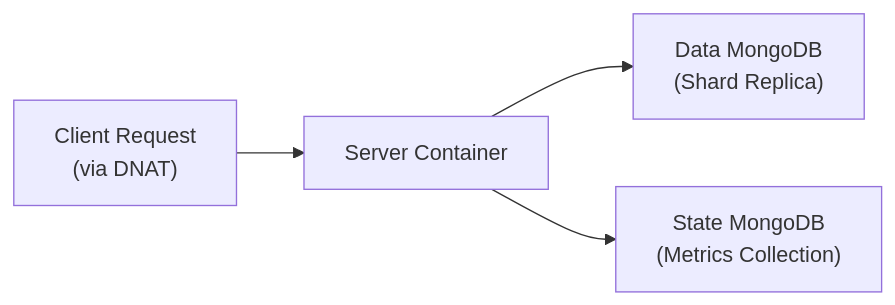
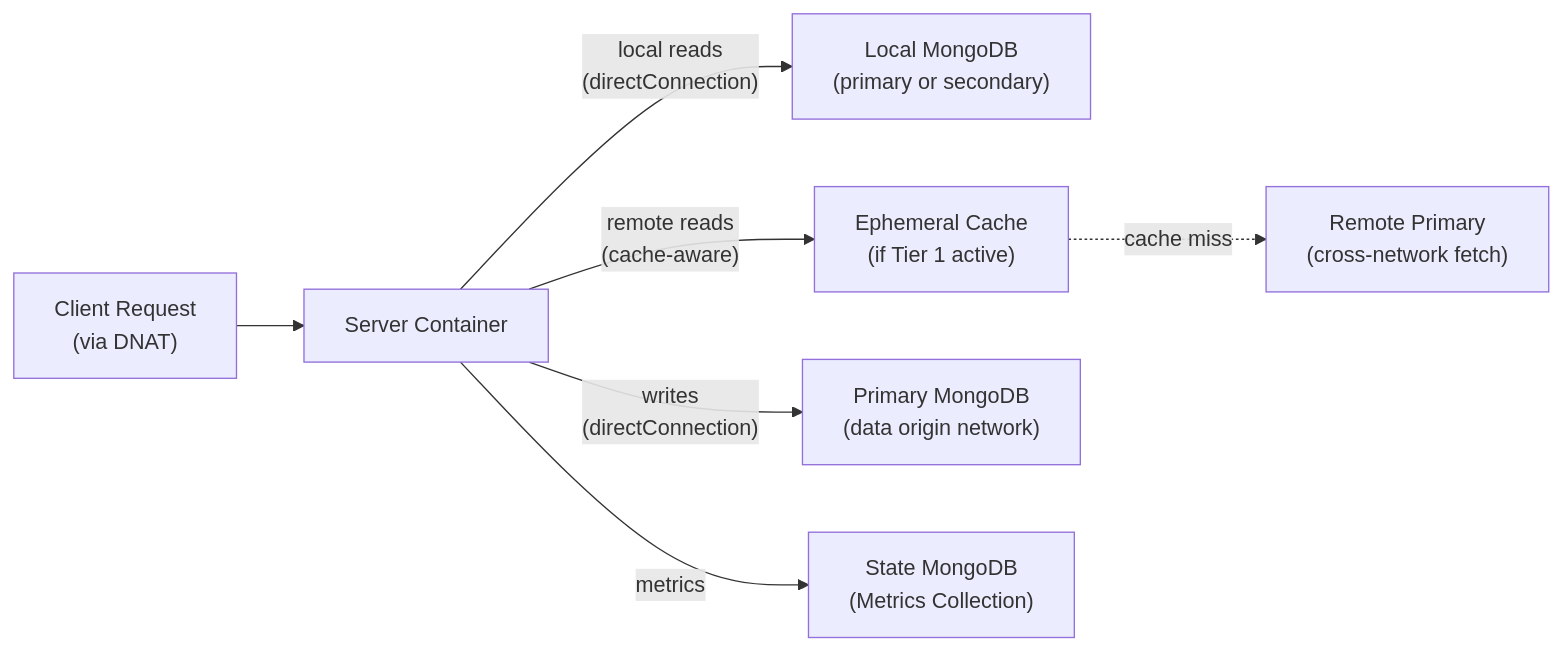
Diagram 14 of 23 in docs/operation/system_mechanisms.md (poioe20p/efficient-storage-in-edge-scenarios), drawn with Mermaid before and after one commit. The commit also changed other lines of this file and 25 other files, not shown here.

````diff
--- a/docs/operation/system_mechanisms.md
+++ b/docs/operation/system_mechanisms.md
@@ -286,6 +631,9 @@
 ```mermaid
 graph LR
     Client["Client Request<br/>(via DNAT)"] --> Server["Server Container"]
-    Server --> AppMongo["Data MongoDB<br/>(Shard Replica)"]
-    Server --> StateMongo["State MongoDB<br/>(Metrics Collection)"]
+    Server -->|"local reads<br/>(directConnection)"| ReadMongo["Local MongoDB<br/>(primary or secondary)"]
+    Server -->|"remote reads<br/>(cache-aware)"| CacheMongo["Ephemeral Cache<br/>(if Tier 1 active)"]
+    CacheMongo -.->|"cache miss"| RemotePrimary["Remote Primary<br/>(cross-network fetch)"]
+    Server -->|"writes<br/>(directConnection)"| WriteMongo["Primary MongoDB<br/>(data origin network)"]
+    Server -->|"metrics"| StateMongo["State MongoDB<br/>(Metrics Collection)"]
 ```
````
